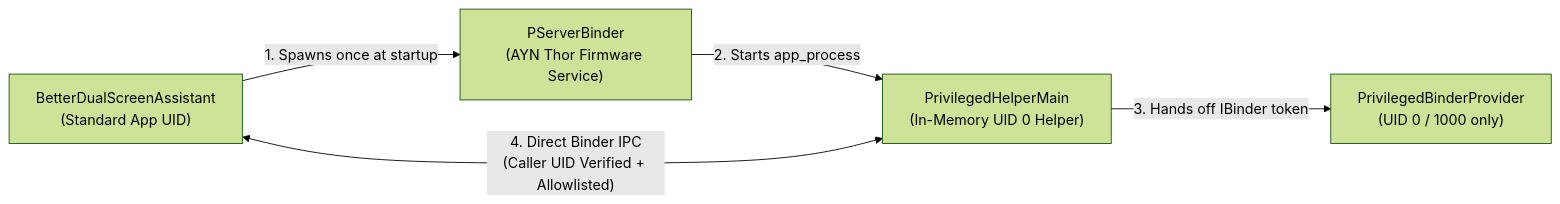
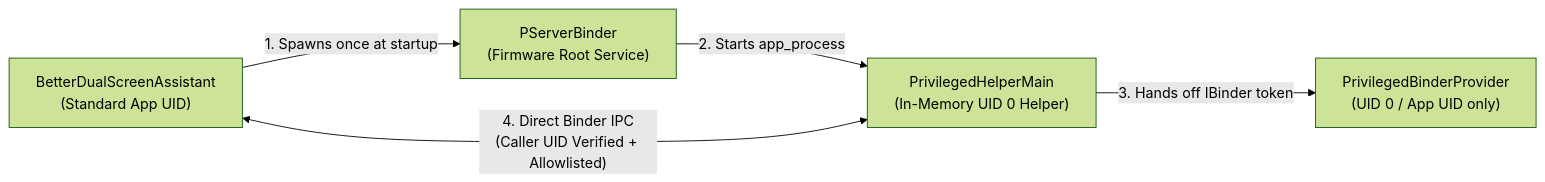
One commit to stormpanda/better-dual-screen-assistant changed the diagram in docs/SECURITY.md. Above: the diagram before and after it, drawn with Mermaid (forest theme). The commit also changed other lines of this file and 49 other files, not shown here.

````diff
--- a/docs/SECURITY.md
+++ b/docs/SECURITY.md
@@ -53,7 +53,7 @@
 ```mermaid
 flowchart LR
-    App["BetterDualScreenAssistant\n(Standard App UID)"] -->|"1. Spawns once at startup"| PServer["PServerBinder\n(AYN Thor Firmware Service)"]
+    App["BetterDualScreenAssistant\n(Standard App UID)"] -->|"1. Spawns once at startup"| PServer["PServerBinder\n(Firmware Root Service)"]
     PServer -->|"2. Starts app_process"| Helper["PrivilegedHelperMain\n(In-Memory UID 0 Helper)"]
-    Helper -->|"3. Hands off IBinder token"| Provider["PrivilegedBinderProvider\n(UID 0 / 1000 only)"]
+    Helper -->|"3. Hands off IBinder token"| Provider["PrivilegedBinderProvider\n(UID 0 / App UID only)"]
     App <-->|"4. Direct Binder IPC\n(Caller UID Verified + Allowlisted)"| Helper
 ```
````
